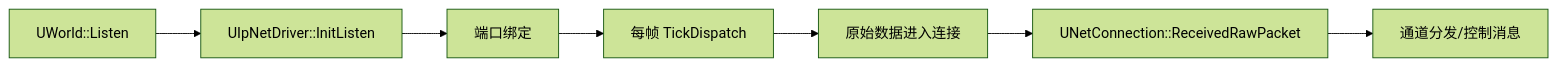
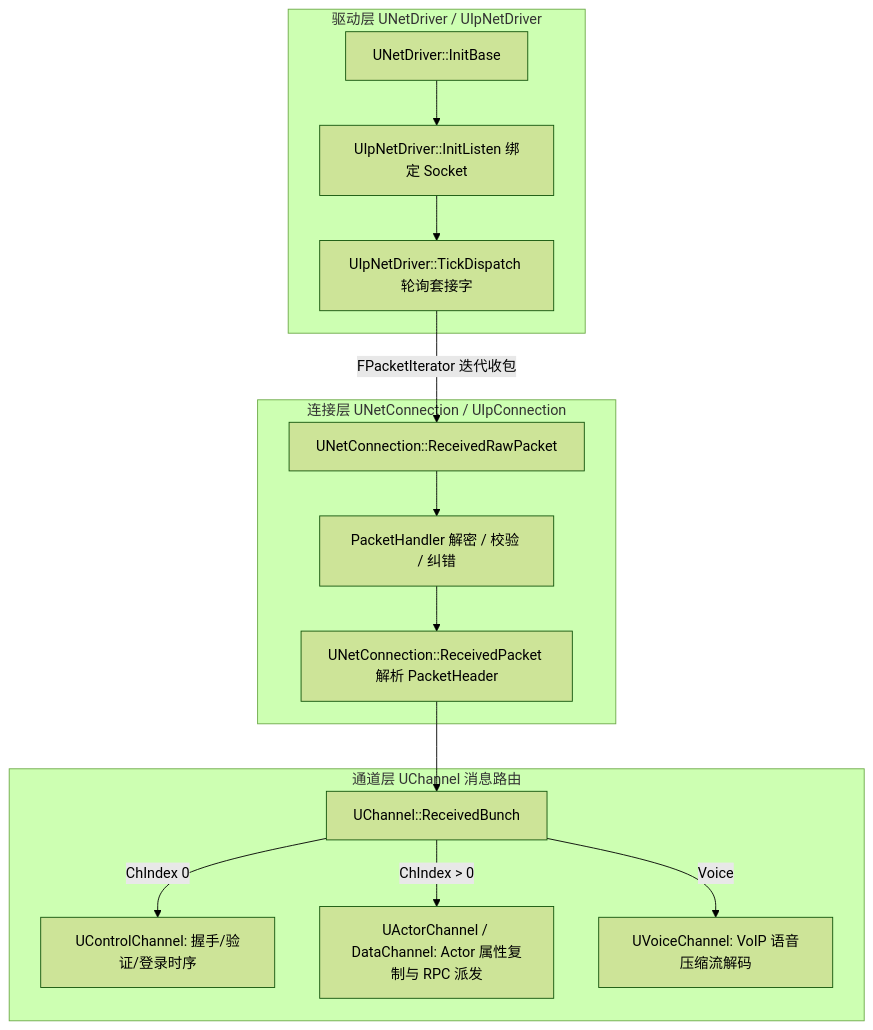
Before and after one commit to fantuan812/learning: the first of 2 diagrams in 游戏知识/12-引擎源码分析/33-UNetDriver与连接通道源码.md, drawn with Mermaid (forest theme). The commit also changed other lines of this file and 25 other files, not shown here.

````diff
--- a/游戏知识/12-引擎源码分析/33-UNetDriver与连接通道源码.md
+++ b/游戏知识/12-引擎源码分析/33-UNetDriver与连接通道源码.md
@@ -109,9 +38,20 @@
 ```mermaid
-flowchart LR
-    A[UWorld::Listen] --> B[UIpNetDriver::InitListen]
-    B --> C[端口绑定]
-    C --> D[每帧 TickDispatch]
-    D --> E[原始数据进入连接]
-    E --> F[UNetConnection::ReceivedRawPacket]
-    F --> G[通道分发/控制消息]
+flowchart TB
+    subgraph NetDriverLayer[驱动层 UNetDriver / UIpNetDriver]
+        ND[UNetDriver::InitBase] --> NL[UIpNetDriver::InitListen 绑定 Socket]
+        NL --> TD[UIpNetDriver::TickDispatch 轮询套接字]
+    end
+
+    subgraph NetConnectionLayer[连接层 UNetConnection / UIpConnection]
+        TD -->|FPacketIterator 迭代收包| RRP[UNetConnection::ReceivedRawPacket]
+        RRP --> Handler[PacketHandler 解密 / 校验 / 纠错]
+        Handler --> RP[UNetConnection::ReceivedPacket 解析 PacketHeader]
+    end
+
+    subgraph ChannelLayer[通道层 UChannel 消息路由]
+        RP --> RB[UChannel::ReceivedBunch]
+        RB -->|ChIndex 0| CC[UControlChannel: 握手/验证/登录时序]
+        RB -->|ChIndex > 0| AC[UActorChannel / DataChannel: Actor 属性复制与 RPC 派发]
+        RB -->|Voice| VC[UVoiceChannel: VoIP 语音压缩流解码]
+    end
 ```
````
